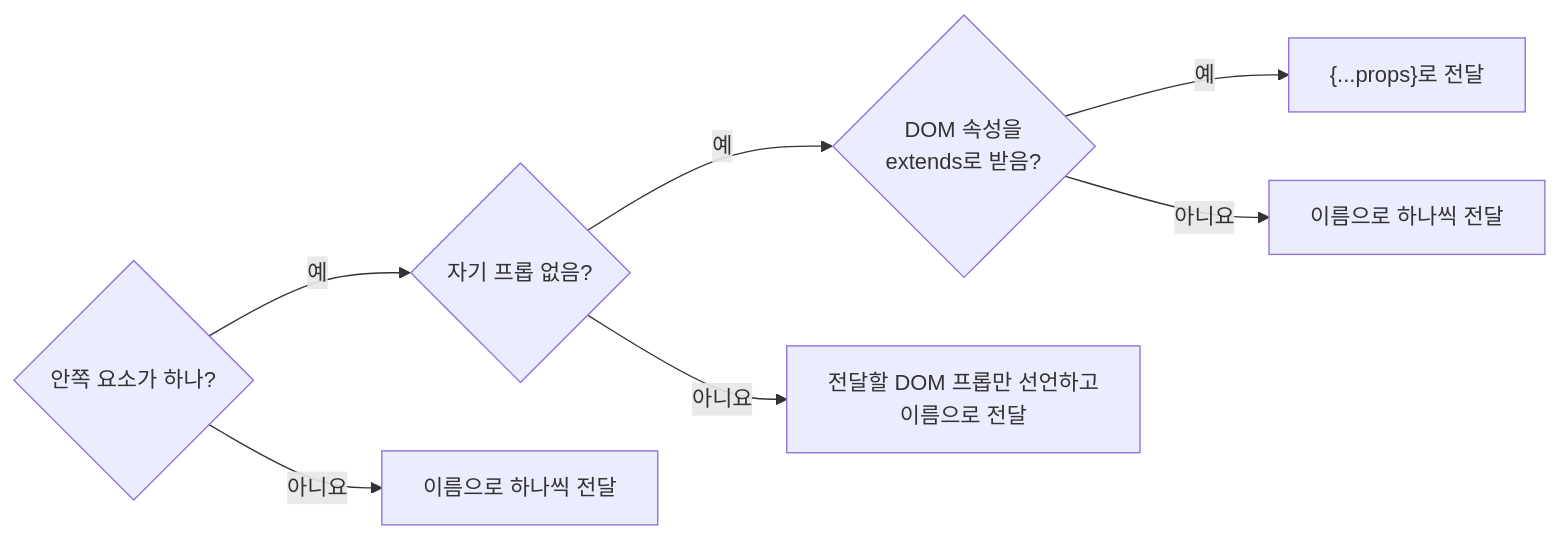
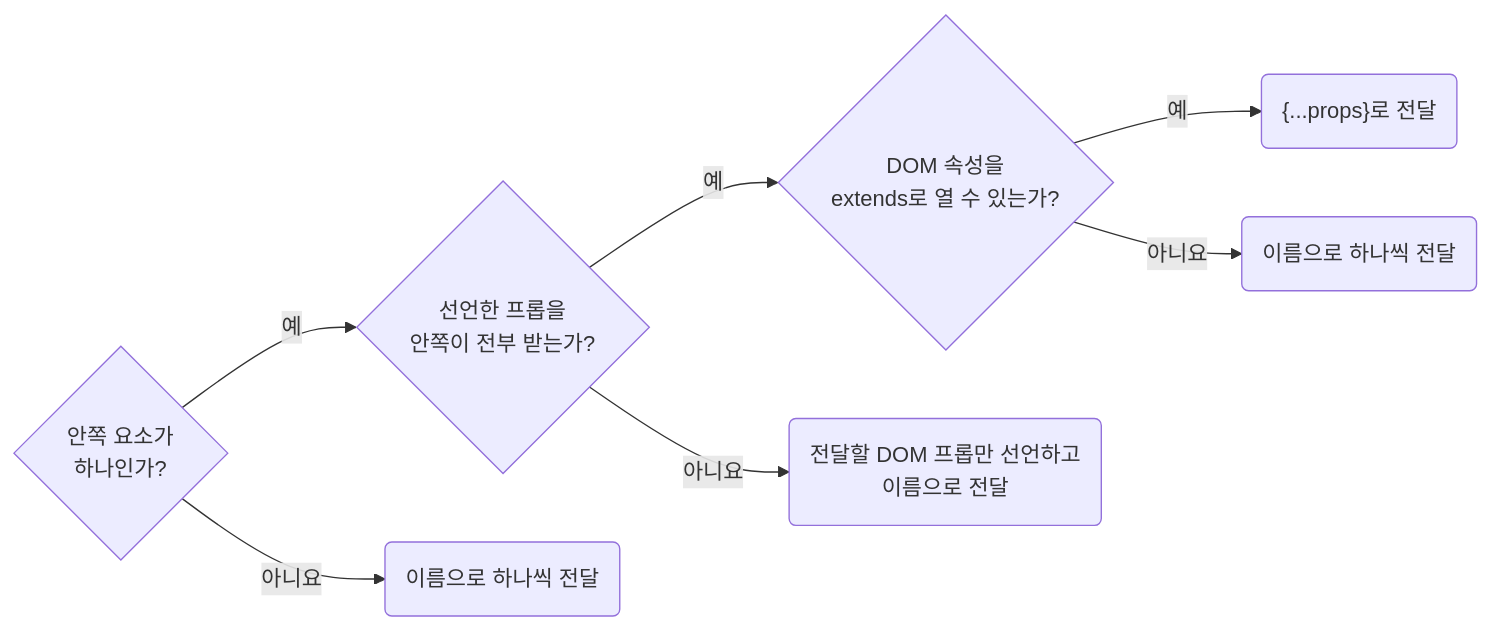
The diagram in skill/react/rules/03-04-typing-choose-wrapper-shape-and-forwarding.md (minu-ha/agent-conventions), drawn with Mermaid before and after one commit. The commit also changed 7 other files, not shown here.

````diff
--- a/skill/react/rules/03-04-typing-choose-wrapper-shape-and-forwarding.md
+++ b/skill/react/rules/03-04-typing-choose-wrapper-shape-and-forwarding.md
@@ -23,7 +23,7 @@
 ```mermaid
 flowchart LR
-	one{"안쪽 요소가 하나?"} -- 예 --> own{"자기 프롭 없음?"} -- 예 --> ext{"DOM 속성을<br>extends로 받음?"} -- 예 --> spread["{...props}로 전달"]
-	one -- 아니요 --> named1["이름으로 하나씩 전달"]
-	own -- 아니요 --> dom["전달할 DOM 프롭만 선언하고<br>이름으로 전달"]
-	ext -- 아니요 --> named2["이름으로 하나씩 전달"]
+	one{"안쪽 요소가<br>하나인가?"} -- 예 --> own{"선언한 프롭을<br>안쪽이 전부 받는가?"} -- 예 --> ext{"DOM 속성을<br>extends로 열 수 있는가?"} -- 예 --> spread("{...props}로 전달")
+	one -- 아니요 --> named1("이름으로 하나씩 전달")
+	own -- 아니요 --> dom("전달할 DOM 프롭만 선언하고<br>이름으로 전달")
+	ext -- 아니요 --> named2("이름으로 하나씩 전달")
 ```
````
